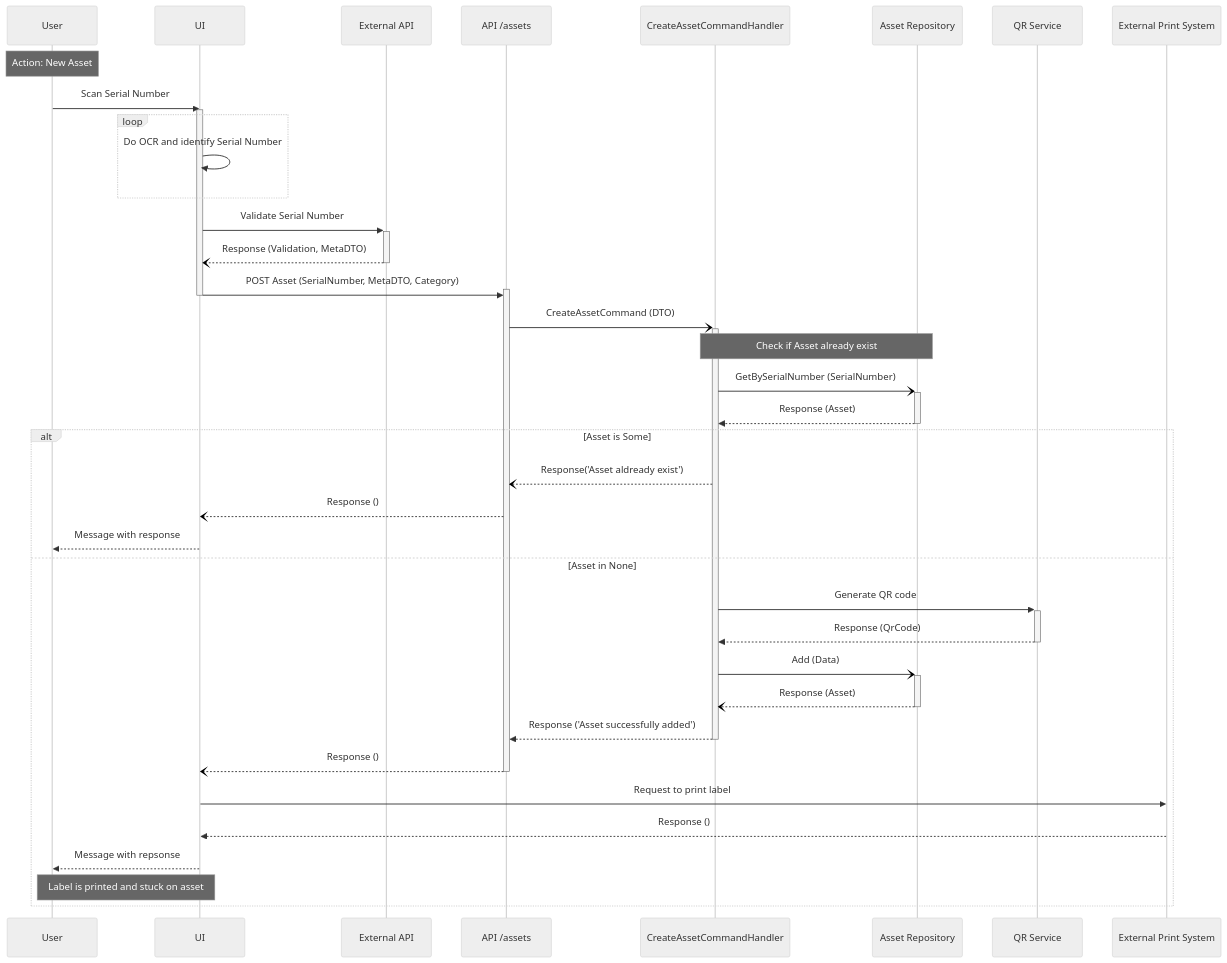
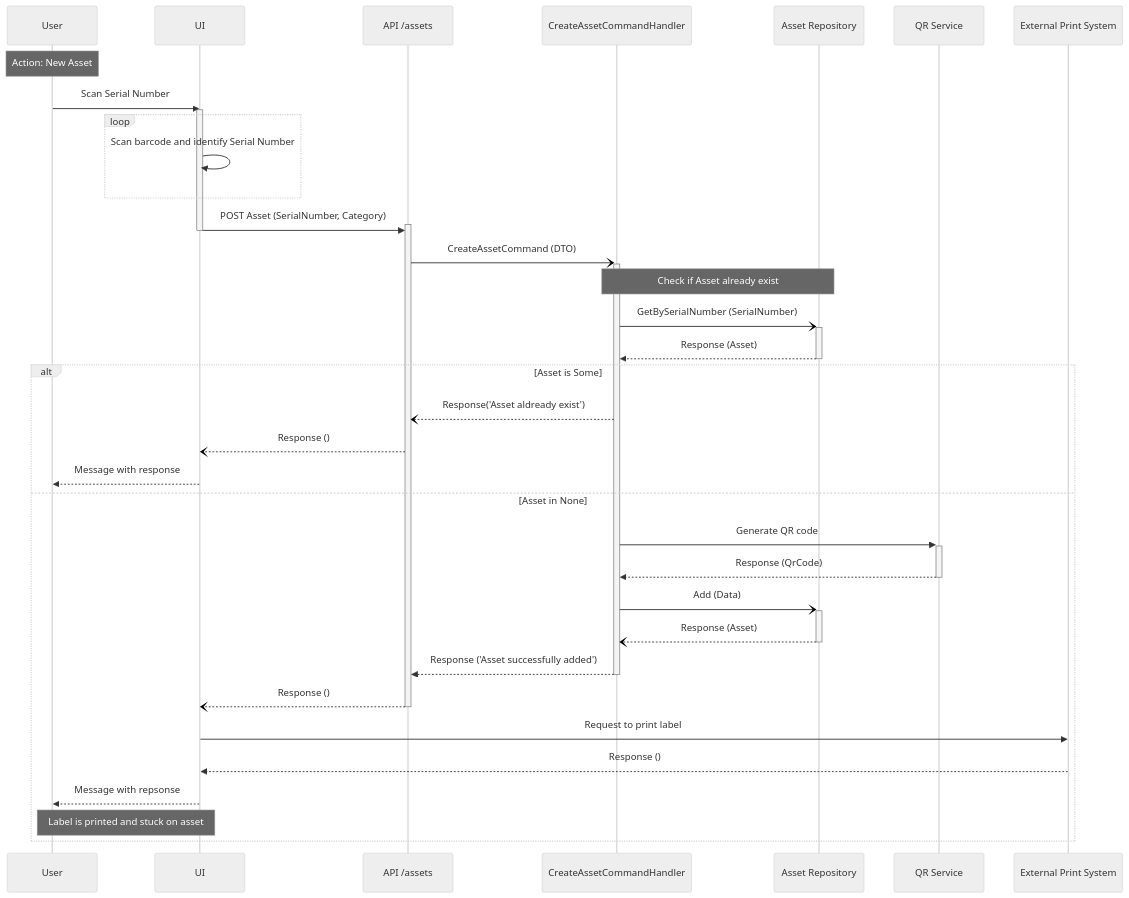
One commit to livun/bouvet-asset-hub changed the first of 2 diagrams in docs/sequence-diagrams/tag-new-asset.md. Above: the diagram before and after it, drawn with Mermaid (neutral theme). The commit also changed 6 other files, not shown here.

````diff
--- a/docs/sequence-diagrams/tag-new-asset.md
+++ b/docs/sequence-diagrams/tag-new-asset.md
@@ -5,41 +5,38 @@
 ```mermaid
 sequenceDiagram
     Note over User: Action: New Asset
     User ->> UI : Scan Serial Number
     Activate UI
         loop 
-            UI ->> UI : Do OCR and identify Serial Number
+            UI ->> UI : Scan barcode and identify Serial Number
         end
-            UI  ->>+ External API: Validate Serial Number
-   
-                External API --)- UI : Response (Validation, MetaDTO)
-                UI ->>+ API /assets: POST Asset (SerialNumber, MetaDTO, Category)
+                UI ->>+ API /assets: POST Asset (SerialNumber, Category)
     Deactivate UI
                     API /assets -)+ CreateAssetCommandHandler : CreateAssetCommand (DTO)
                         Note over CreateAssetCommandHandler, Asset Repository : Check if Asset already exist
                         CreateAssetCommandHandler -)+ Asset Repository : GetBySerialNumber (SerialNumber) 
                         Asset Repository  -->>- CreateAssetCommandHandler : Response (Asset)
                     
             alt Asset is Some
                         
                     CreateAssetCommandHandler --) API /assets : Response('Asset aldready exist')
                 API /assets --) UI  : Response ()
             UI -->> User : Message with response
                 
             else Asset in None
                     
                         CreateAssetCommandHandler ->>+ QR Service : Generate QR code
                         QR Service -->>- CreateAssetCommandHandler : Response (QrCode)
 
                         CreateAssetCommandHandler -)+ Asset Repository : Add (Data)
                         Asset Repository  --)- CreateAssetCommandHandler : Response (Asset)
 
                     CreateAssetCommandHandler -->>- API /assets : Response ('Asset successfully added')
                 API /assets --)- UI  : Response ()
                 UI ->> External Print System : Request to print label
                 External Print System -->> UI : Response ()
             UI -->> User : Message with repsonse
             Note over User, UI: Label is printed and stuck on asset
             end
         
 ```
````
